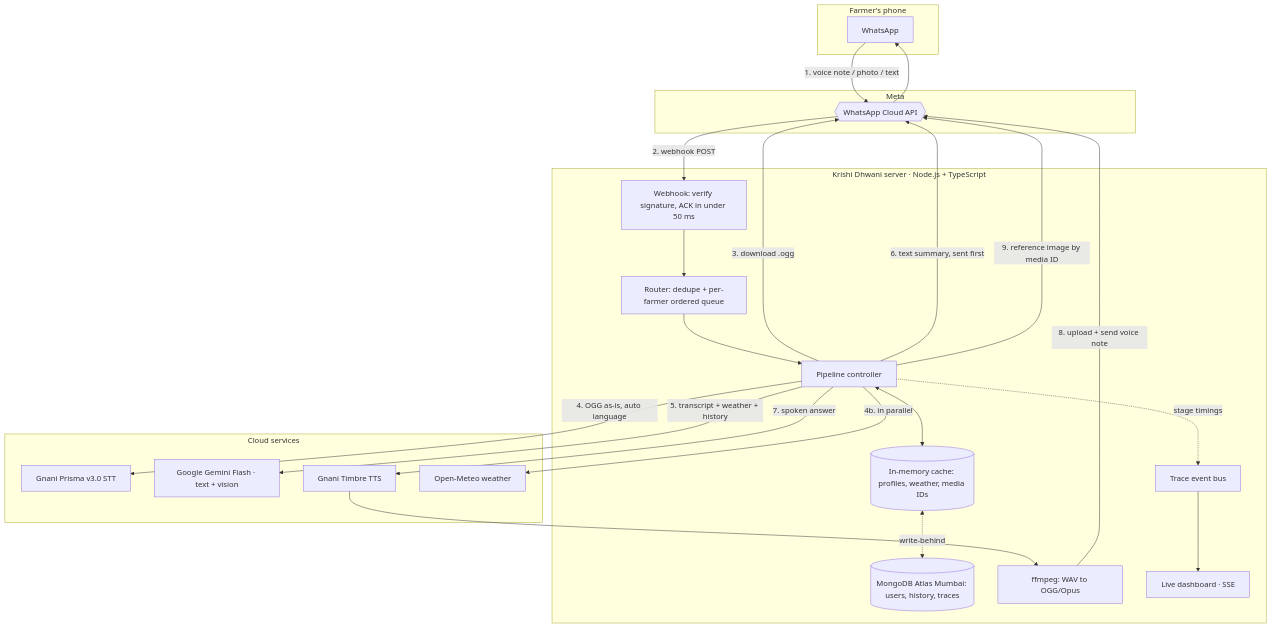
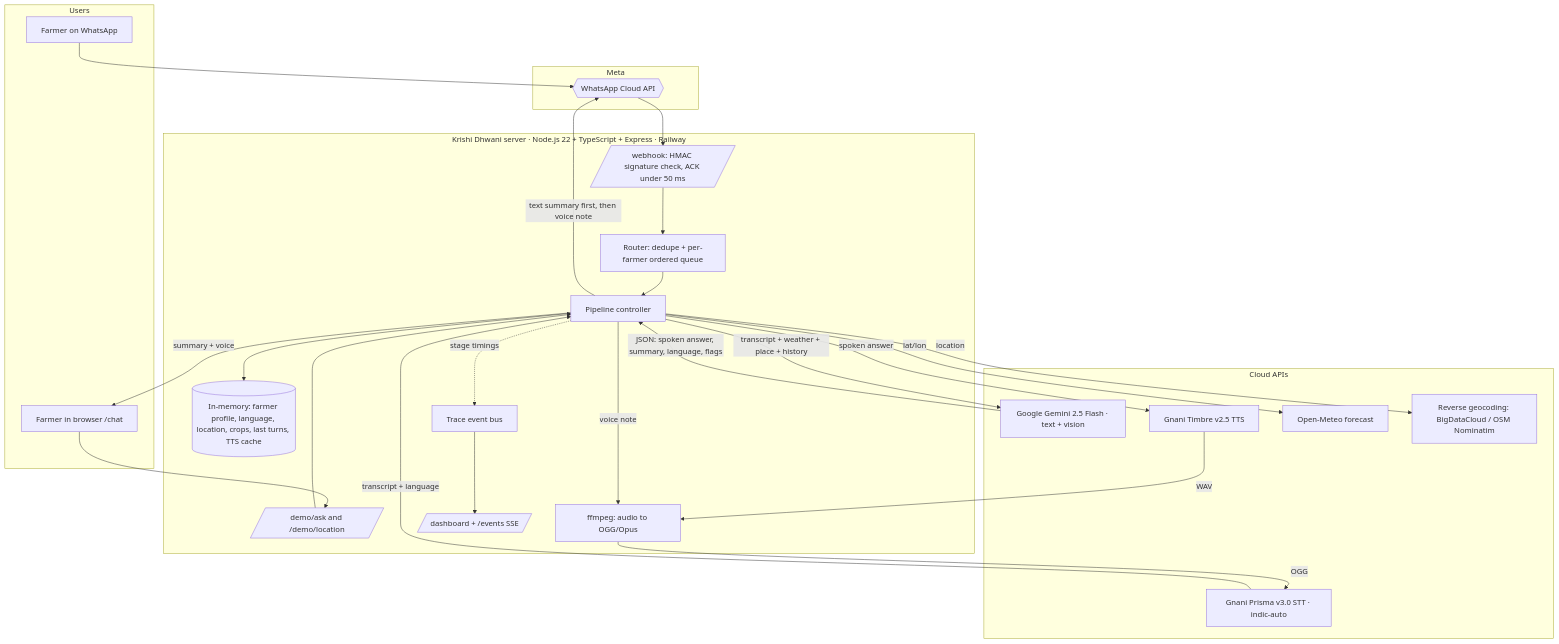
Before and after one commit to GoodMan28/krishi-dhwani: the diagram in README.md, drawn with Mermaid. The commit also changed other lines of this file, not shown here.

Commit message:
Update README with current architecture, live links and measured latency

````diff
--- a/README.md
+++ b/README.md
@@ -88,42 +70,46 @@
 ```mermaid
 graph TD
-    subgraph Client [Farmer's phone]
-        WA[WhatsApp]
+    subgraph Users
+        WA[Farmer on WhatsApp]
+        WEB[Farmer in browser /chat]
     end
-    subgraph Meta [Meta]
+
+    subgraph Meta
         WAPI{{WhatsApp Cloud API}}
     end
-    subgraph Backend [Krishi Dhwani server · Node.js + TypeScript]
-        WH[Webhook: verify signature, ACK in under 50 ms]
+
+    subgraph Server [Krishi Dhwani server · Node.js 22 + TypeScript + Express · Railway]
+        WH[/webhook: HMAC signature check, ACK under 50 ms/]
+        DEMO[/demo/ask and /demo/location/]
         Q[Router: dedupe + per-farmer ordered queue]
-        Cache[(In-memory cache: profiles, weather, media IDs)]
-        DB[(MongoDB Atlas Mumbai: users, history, traces)]
         P[Pipeline controller]
-        FF[ffmpeg: WAV to OGG/Opus]
-        Bus[Trace event bus]
-        Dash[Live dashboard · SSE]
-    end
-    subgraph AI [Cloud services]
-        STT[Gnani Prisma v3.0 STT]
-        LLM[Google Gemini Flash · text + vision]
-        TTS[Gnani Timbre TTS]
-        WX[Open-Meteo weather]
+        MEM[(In-memory: farmer profile, language, location, crops, last turns, TTS cache)]
+        FF[ffmpeg: audio to OGG/Opus]
+        BUS[Trace event bus]
+        DASH[/dashboard + /events SSE/]
     end
 
-    WA -- "1. voice note / photo / text" --> WAPI
-    WAPI -- "2. webhook POST" --> WH
-    WH --> Q --> P
-    P <--> Cache
-    Cache <-. write-behind .-> DB
-    P -- "3. download .ogg" --> WAPI
-    P -- "4. OGG as-is, auto language" --> STT
-    P -- "4b. in parallel" --> WX
-    P -- "5. transcript + weather + history" --> LLM
-    P -- "6. text summary, sent first" --> WAPI
-    P -- "7. spoken answer" --> TTS
-    TTS --> FF
-    FF -- "8. upload + send voice note" --> WAPI
-    P -- "9. reference image by media ID" --> WAPI
-    WAPI --> WA
-    P -. stage timings .-> Bus --> Dash
+    subgraph Cloud APIs
+        STT[Gnani Prisma v3.0 STT · indic-auto]
+        LLM[Google Gemini 2.5 Flash · text + vision]
+        TTS[Gnani Timbre v2.5 TTS]
+        WX[Open-Meteo forecast]
+        GEO[Reverse geocoding: BigDataCloud / OSM Nominatim]
+    end
+
+    WA --> WAPI --> WH --> Q --> P
+    WEB --> DEMO --> P
+    P <--> MEM
+    P -- voice note --> FF
+    FF -- OGG --> STT
+    STT -- transcript + language --> P
+    P -- location --> GEO
+    P -- lat/lon --> WX
+    P -- transcript + weather + place + history --> LLM
+    LLM -- JSON: spoken answer, summary, language, flags --> P
+    P -- spoken answer --> TTS
+    TTS -- WAV --> FF
+    P -- text summary first, then voice note --> WAPI
+    P -- summary + voice --> WEB
+    P -. stage timings .-> BUS --> DASH
 ```
````
